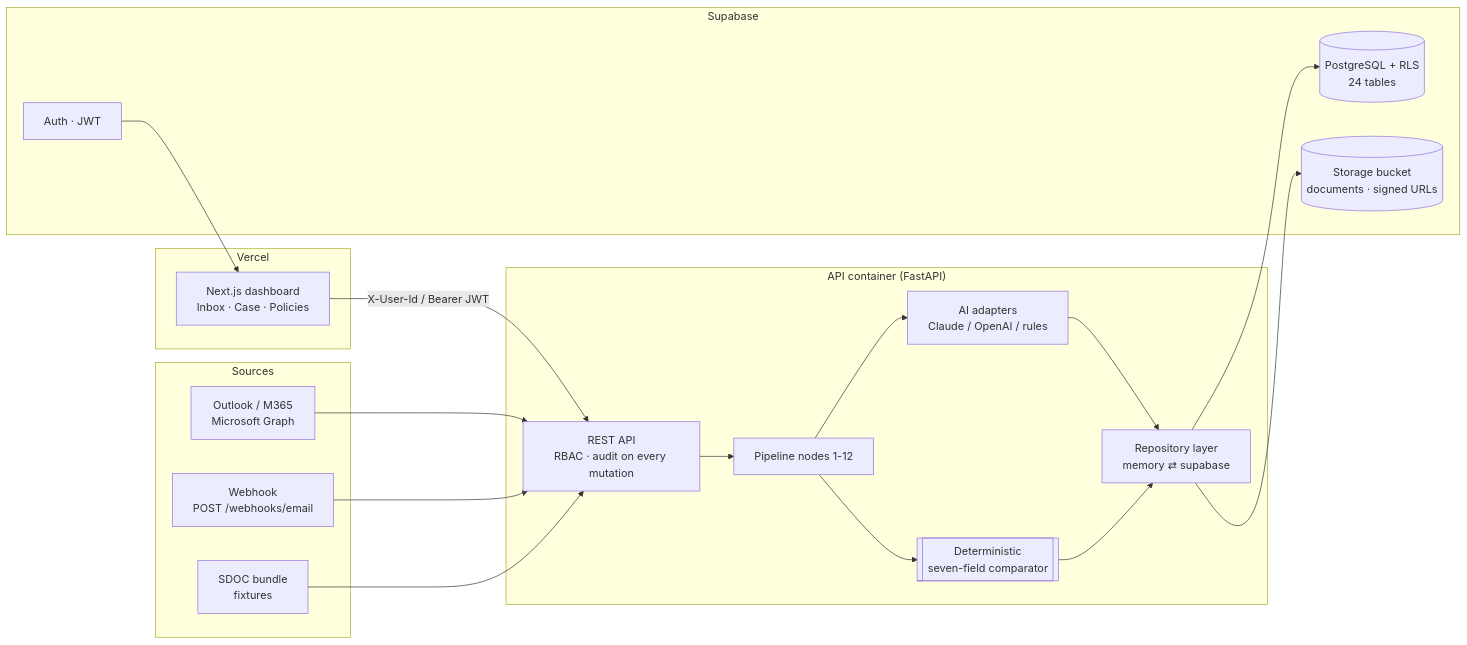
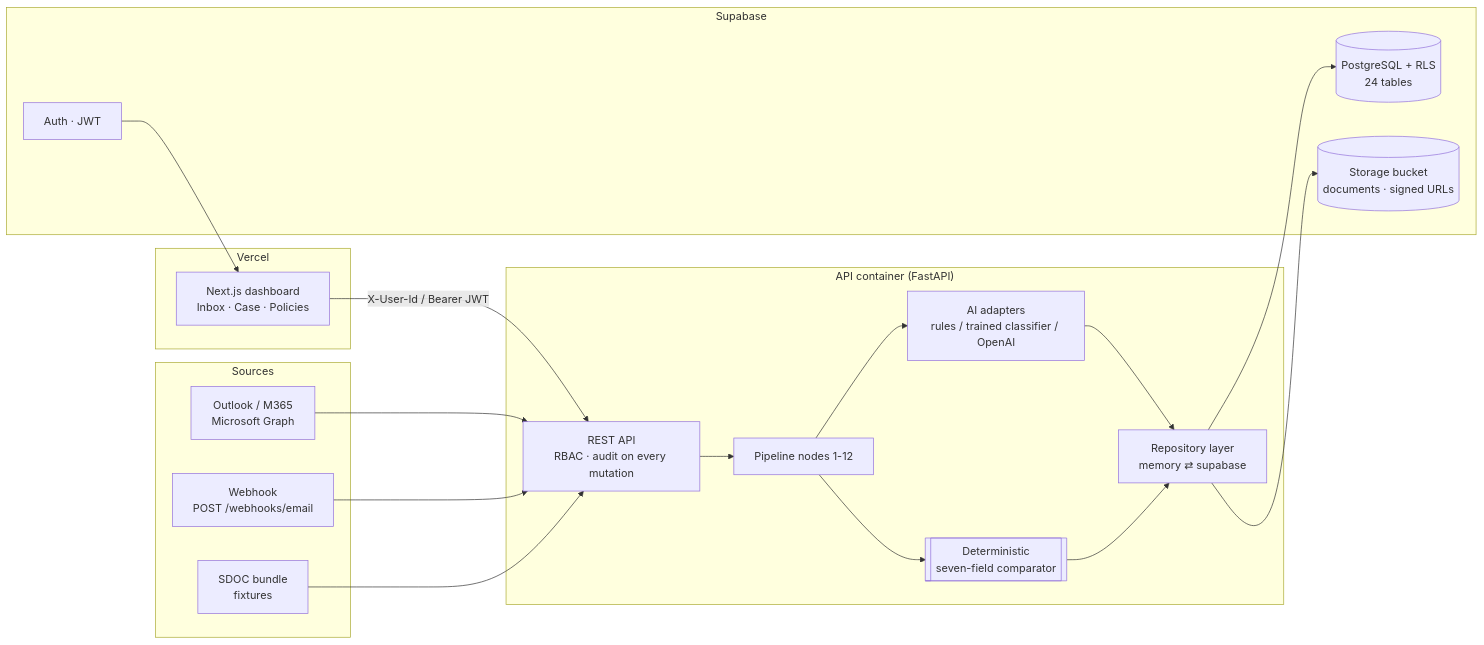
Before and after one commit to Hermann-33/NovaShip_Averis: the second of 2 diagrams in README.md, drawn with Mermaid. The commit also changed other lines of this file and 1 other file, not shown here.

````diff
--- a/README.md
+++ b/README.md
@@ -147,24 +147,24 @@
 ```mermaid
 flowchart LR
     subgraph Sources
         O[Outlook / M365<br/>Microsoft Graph] ; W[Webhook<br/>POST /webhooks/email] ; BND[SDOC bundle<br/>fixtures]
     end
     subgraph Vercel
         FE[Next.js dashboard<br/>Inbox · Case · Policies]
     end
     subgraph "API container (FastAPI)"
         API[REST API<br/>RBAC · audit on every mutation]
         PIPE[Pipeline nodes 1-12]
-        AI[AI adapters<br/>Claude / OpenAI / rules]
+        AI[AI adapters<br/>rules / trained classifier / OpenAI]
         CMP[[Deterministic<br/>seven-field comparator]]
         REPO[Repository layer<br/>memory ⇄ supabase]
     end
     subgraph Supabase
         PG[(PostgreSQL + RLS<br/>24 tables)]
         ST[(Storage bucket<br/>documents · signed URLs)]
         AU[Auth · JWT]
     end
     O & W & BND --> API --> PIPE --> AI & CMP --> REPO --> PG & ST
     FE -->|X-User-Id / Bearer JWT| API
     AU --> FE
 ```
````
